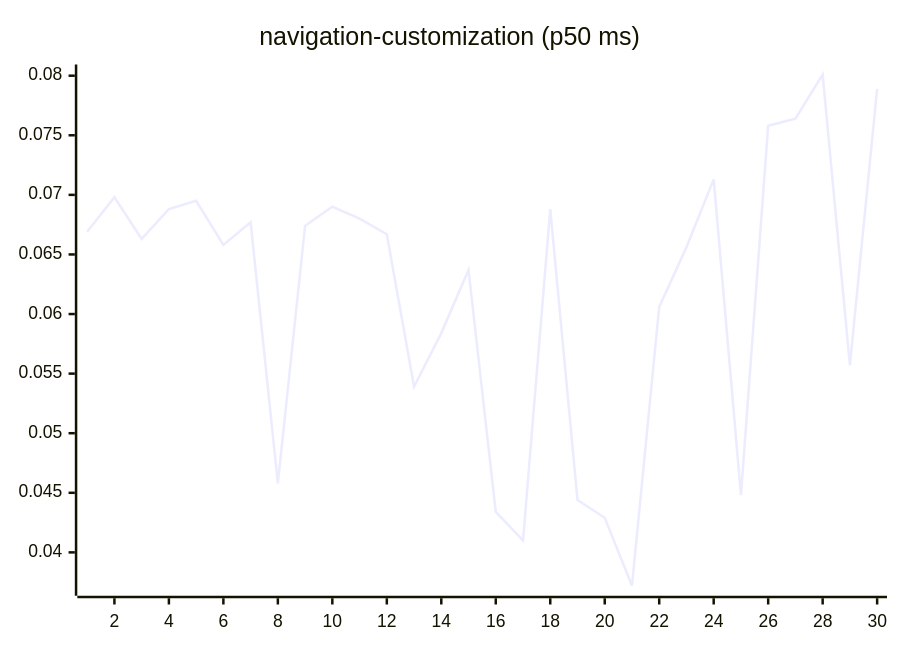
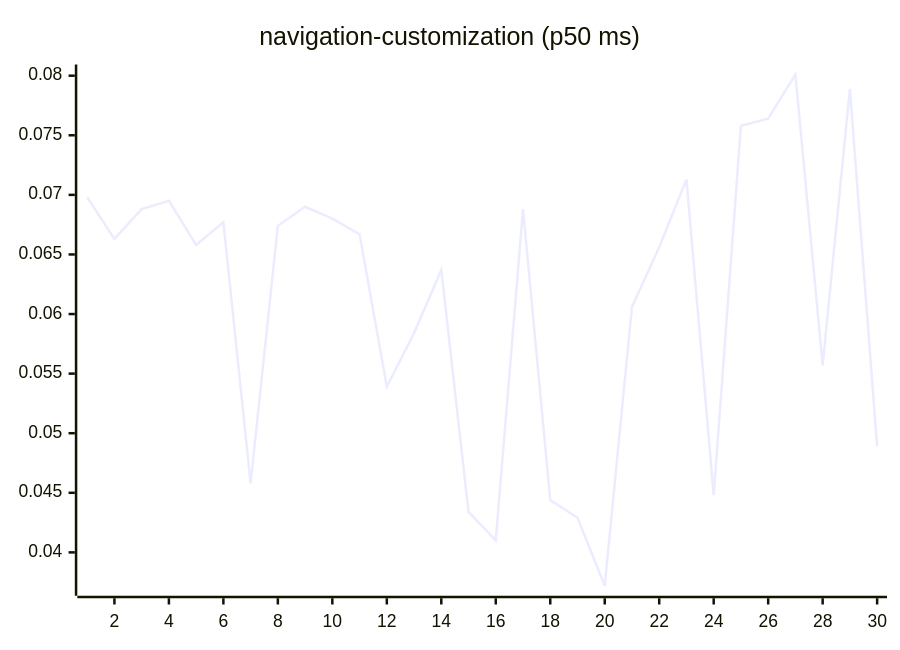
One commit to josha/Facet changed diagram 15 of 27 in README.md. Above: the diagram before and after it, drawn with Mermaid. The commit also changed other lines of this file and 2 other files, not shown here.

````diff
--- a/README.md
+++ b/README.md
@@ -161,6 +161,6 @@
 ```mermaid
 xychart-beta
     title "navigation-customization (p50 ms)"
     x-axis 1 --> 30
-    line [0.0669, 0.0698, 0.0663, 0.0688, 0.0695, 0.0658, 0.0677, 0.0458, 0.0674, 0.0690, 0.0680, 0.0667, 0.0539, 0.0584, 0.0637, 0.0434, 0.0410, 0.0688, 0.0444, 0.0429, 0.0372, 0.0606, 0.0656, 0.0713, 0.0448, 0.0758, 0.0764, 0.0801, 0.0557, 0.0789]
+    line [0.0698, 0.0663, 0.0688, 0.0695, 0.0658, 0.0677, 0.0458, 0.0674, 0.0690, 0.0680, 0.0667, 0.0539, 0.0584, 0.0637, 0.0434, 0.0410, 0.0688, 0.0444, 0.0429, 0.0372, 0.0606, 0.0656, 0.0713, 0.0448, 0.0758, 0.0764, 0.0801, 0.0557, 0.0789, 0.0489]
 ```
````
